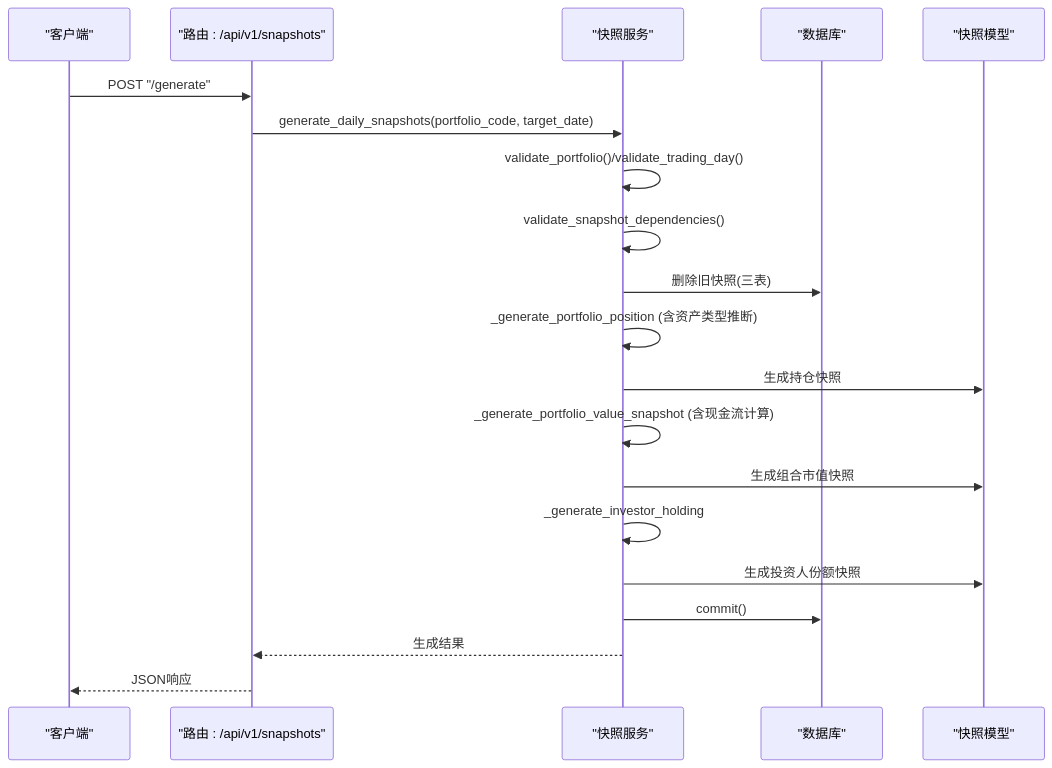
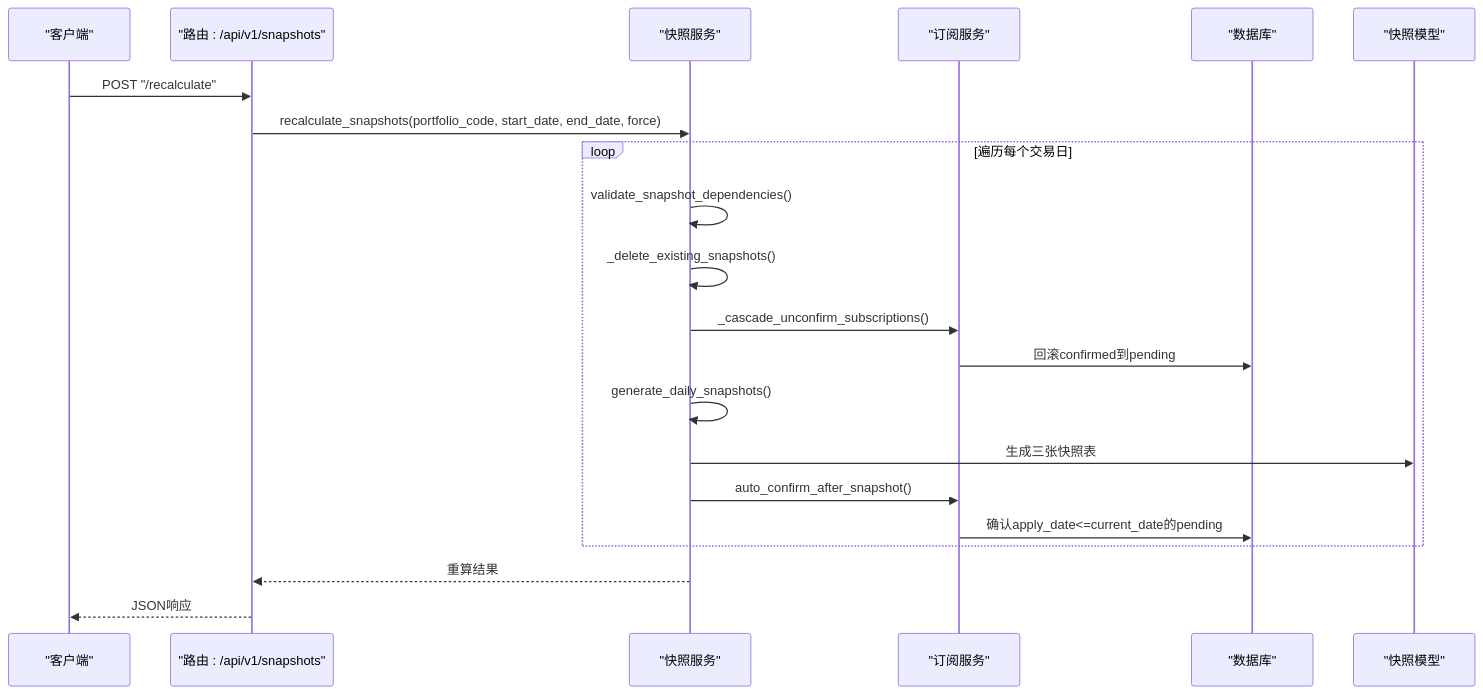
Before and after one commit to gujialind/InvestRing: the second of 4 diagrams in .qoder/repowiki/zh/content/核心业务功能/净值快照系统.md, drawn with Mermaid. The commit also changed other lines of this file and 39 other files, not shown here.

````diff
--- a/.qoder/repowiki/zh/content/核心业务功能/净值快照系统.md
+++ b/.qoder/repowiki/zh/content/核心业务功能/净值快照系统.md
@@ -144,22 +151,23 @@
 ```mermaid
 sequenceDiagram
 participant Client as "客户端"
 participant Router as "路由 : /api/v1/snapshots"
 participant Service as "快照服务"
+participant SubService as "订阅服务"
 participant DB as "数据库"
 participant Models as "快照模型"
-Client->>Router : POST "/generate"
-Router->>Service : generate_daily_snapshots(portfolio_code, target_date)
-Service->>Service : validate_portfolio()/validate_trading_day()
+Client->>Router : POST "/recalculate"
+Router->>Service : recalculate_snapshots(portfolio_code, start_date, end_date, force)
+loop 遍历每个交易日
 Service->>Service : validate_snapshot_dependencies()
-Service->>DB : 删除旧快照(三表)
-Service->>Service : _generate_portfolio_position (含资产类型推断)
-Service->>Models : 生成持仓快照
-Service->>Service : _generate_portfolio_value_snapshot (含现金流计算)
-Service->>Models : 生成组合市值快照
-Service->>Service : _generate_investor_holding
-Service->>Models : 生成投资人份额快照
-Service->>DB : commit()
-Service-->>Router : 生成结果
+Service->>Service : _delete_existing_snapshots()
+Service->>SubService : _cascade_unconfirm_subscriptions()
+SubService->>DB : 回滚confirmed到pending
+Service->>Service : generate_daily_snapshots()
+Service->>Models : 生成三张快照表
+Service->>SubService : auto_confirm_after_snapshot()
+SubService->>DB : 确认apply_date<=current_date的pending
+end
+Service-->>Router : 重算结果
 Router-->>Client : JSON响应
 ```
````
